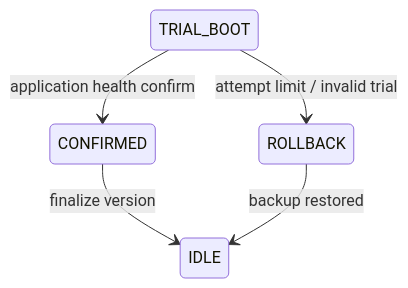
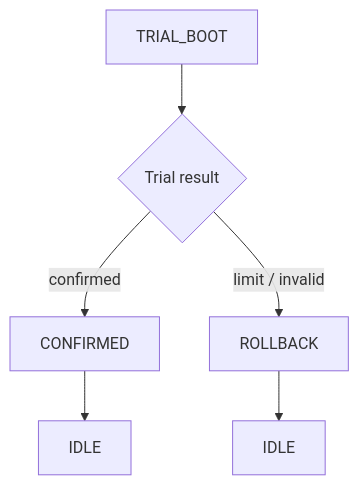
One commit to haikevins/secure-delta-ota-bootloader changed the third of 3 diagrams in docs/boot-state-machine.md. Above: the diagram before and after it, drawn with Mermaid. The commit also changed other lines of this file and 11 other files, not shown here.

````diff
--- a/docs/boot-state-machine.md
+++ b/docs/boot-state-machine.md
@@ -131,8 +131,8 @@
 ```mermaid
-stateDiagram-v2
-    direction TB
-    TRIAL_BOOT --> CONFIRMED: application health confirm
-    TRIAL_BOOT --> ROLLBACK: attempt limit / invalid trial
-    CONFIRMED --> IDLE: finalize version
-    ROLLBACK --> IDLE: backup restored
+flowchart TB
+    TRIAL["TRIAL_BOOT"] --> OUTCOME{"Trial result"}
+    OUTCOME -->|"confirmed"| CONFIRMED["CONFIRMED"]
+    CONFIRMED --> IDLE1["IDLE"]
+    OUTCOME -->|"limit / invalid"| ROLLBACK["ROLLBACK"]
+    ROLLBACK --> IDLE2["IDLE"]
 ```
````
